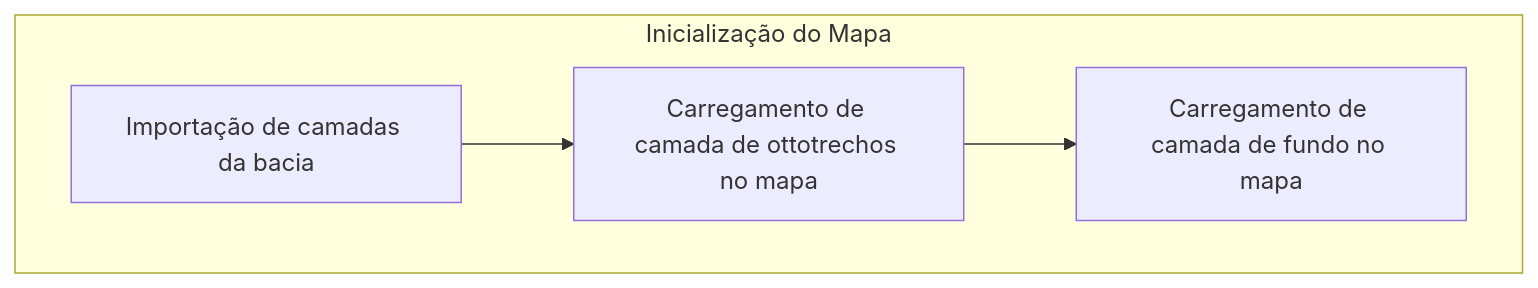
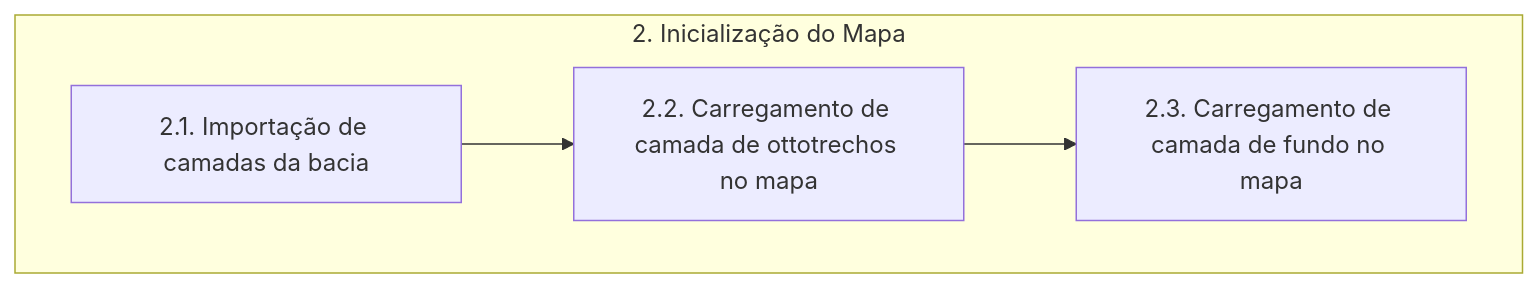
Before and after one commit to brunoguterres/ParaibaHidroGIS: the third of 6 diagrams in pyqgis/documentacao.md, drawn with Mermaid. The commit also changed other lines of this file and 2 other files, not shown here.

````diff
--- a/pyqgis/documentacao.md
+++ b/pyqgis/documentacao.md
@@ -108,7 +128,7 @@
 ```mermaid
     flowchart TD
-    subgraph A[Inicialização do Mapa]
-        B[Importação de camadas da bacia] --> C[Carregamento de camada de ottotrechos no mapa];
-        C --> D[Carregamento de camada de fundo no mapa]
+    subgraph A[2. Inicialização do Mapa]
+        B[2.1. Importação de camadas da bacia] --> C[2.2. Carregamento de camada de ottotrechos no mapa];
+        C --> D[2.3. Carregamento de camada de fundo no mapa]
     end
 ```
````
